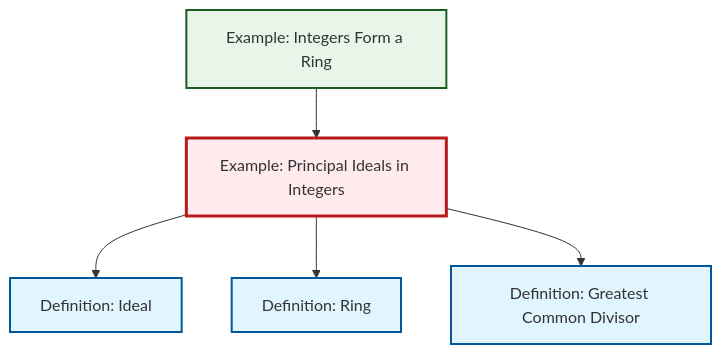
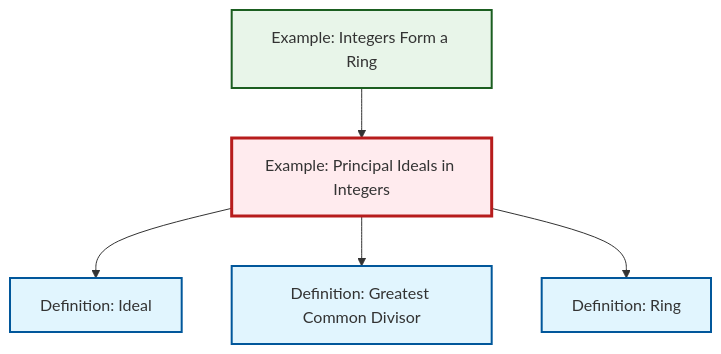
Before and after one commit to RK0429/ModernMath: the diagram in content/en/algebra/ex-principal-ideal.qmd, drawn with Mermaid. The commit also changed other lines of this file and 1012 other files, not shown here.

````diff
--- a/content/en/algebra/ex-principal-ideal.qmd
+++ b/content/en/algebra/ex-principal-ideal.qmd
@@ -63,23 +63,23 @@
 ```{mermaid}
 %%| fig-cap: "Local dependency graph"
 graph TD
     classDef definition fill:#e1f5fe,stroke:#01579b,stroke-width:2px
     classDef theorem fill:#f3e5f5,stroke:#4a148c,stroke-width:2px
     classDef axiom fill:#fff3e0,stroke:#e65100,stroke-width:2px
     classDef example fill:#e8f5e9,stroke:#1b5e20,stroke-width:2px
     classDef current fill:#ffebee,stroke:#b71c1c,stroke-width:3px
     ex-integers-ring["Example: Integers Form a Ring"]:::example
-    def-ideal["Definition: Ideal"]:::definition
+    def-gcd["Definition: Greatest Common Divisor"]:::definition
     def-ring["Definition: Ring"]:::definition
     ex-principal-ideal["Example: Principal Ideals in Integers"]:::example
-    def-gcd["Definition: Greatest Common Divisor"]:::definition
+    def-ideal["Definition: Ideal"]:::definition
     ex-principal-ideal --> def-ideal
+    ex-principal-ideal --> def-gcd
+    ex-integers-ring --> ex-principal-ideal
     ex-principal-ideal --> def-ring
-    ex-integers-ring --> ex-principal-ideal
-    ex-principal-ideal --> def-gcd
     class ex-principal-ideal current
     click ex-integers-ring "ex-integers-ring.html" "Go to Integers Form a Ring example"
+    click def-gcd "def-gcd.html" "Go to Greatest Common Divisor definition"
+    click def-ring "def-ring.html" "Go to Ring definition"
     click def-ideal "def-ideal.html" "Go to Ideal definition"
-    click def-ring "def-ring.html" "Go to Ring definition"
-    click def-gcd "def-gcd.html" "Go to Greatest Common Divisor definition"
 ```
````
